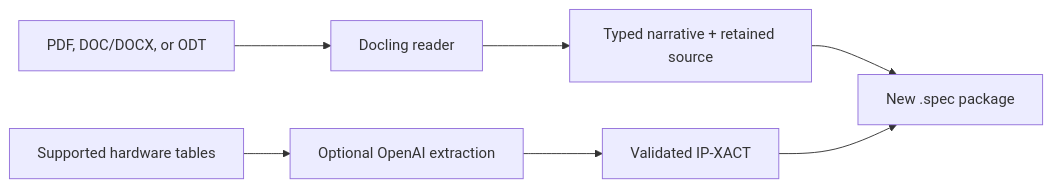
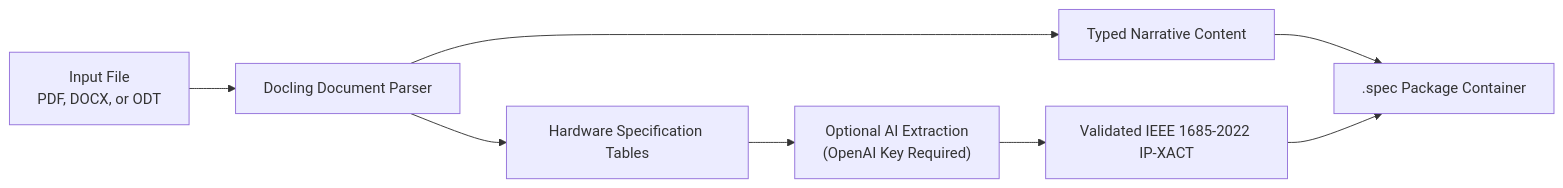
The fifth of 5 diagrams in docs/flows.md (ankdesh/spec2gds), drawn with Mermaid before and after one commit. The commit also changed other lines of this file and 73 other files, not shown here.

````diff
--- a/docs/flows.md
+++ b/docs/flows.md
@@ -169,9 +188,10 @@
 ```mermaid
 flowchart LR
-    Input["PDF, DOC/DOCX, or ODT"] --> Docling["Docling reader"]
-    Docling --> Narrative["Typed narrative + retained source"]
-    Tables["Supported hardware tables"] --> Extract["Optional OpenAI extraction"]
-    Extract --> IPXACT["Validated IP-XACT"]
-    Narrative --> Package["New .spec package"]
+    Input["Input File<br/>PDF, DOCX, or ODT"] --> Docling["Docling Document Parser"]
+    Docling --> Narrative["Typed Narrative Content"]
+    Docling --> Tables["Hardware Specification Tables"]
+    Tables --> Extract["Optional AI Extraction<br/>(OpenAI Key Required)"]
+    Extract --> IPXACT["Validated IEEE 1685-2022 IP-XACT"]
+    Narrative --> Package[".spec Package Container"]
     IPXACT --> Package
 ```
````
